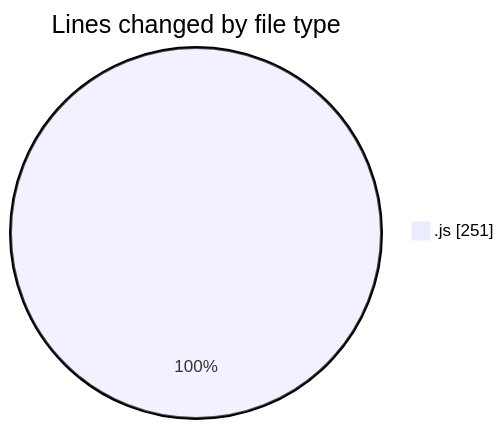
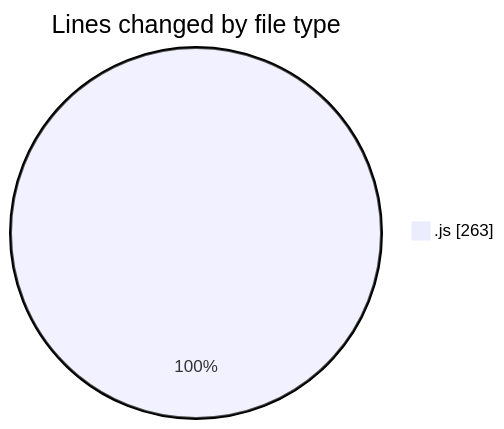
One commit to nxtqubesakshisongat/code-tracking changed the first of 2 diagrams in 2025-05-31/nxtqube_webapp/README.md. Above: the diagram before and after it, drawn with Mermaid. The commit also changed other lines of this file and 1 other file, not shown here.

````diff
--- a/2025-05-31/nxtqube_webapp/README.md
+++ b/2025-05-31/nxtqube_webapp/README.md
@@ -22,5 +22,5 @@
 ```mermaid
 pie showData
 title Lines changed by file type
-".js" : 251
+".js" : 263
 ```
````
